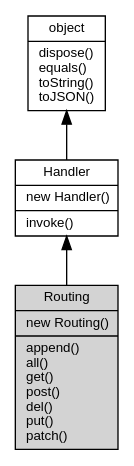
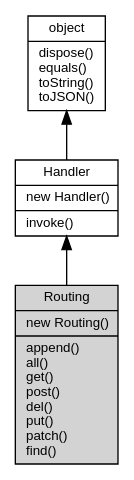
One commit to fibjs/fibjs.org changed the diagram in docs/manual/object/ifs/Routing.md. Above: the diagram before and after it, drawn with Graphviz. The commit also changed other lines of this file and 29 other files, not shown here.

````diff
--- a/docs/manual/object/ifs/Routing.md
+++ b/docs/manual/object/ifs/Routing.md
@@ -96,12 +96,12 @@
 ```dot
 digraph {
     node [fontname="Helvetica,sans-Serif", fontsize=10, shape="record", style="filled", fillcolor="white"];
 
     object [tooltip="object", URL="object.md", label="{object|dispose()\lequals()\ltoString()\ltoJSON()\l}"];
     Handler [tooltip="Handler", URL="Handler.md", label="{Handler|new Handler()\l|invoke()\l}"];
-    Routing [tooltip="Routing", fillcolor="lightgray", label="{Routing|new Routing()\l|append()\lall()\lget()\lpost()\ldel()\lput()\lpatch()\l}"];
+    Routing [tooltip="Routing", fillcolor="lightgray", label="{Routing|new Routing()\l|append()\lall()\lget()\lpost()\ldel()\lput()\lpatch()\lfind()\l}"];
 
     object -> Handler [dir=back];
     Handler -> Routing [dir=back];
 }
 ```
````
